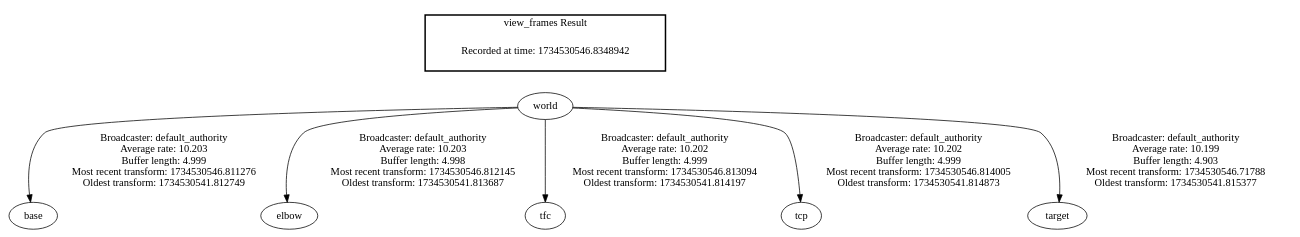
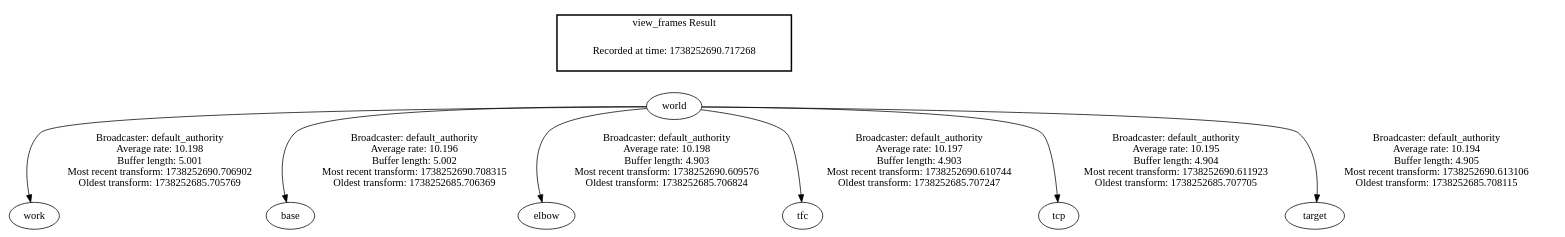
The diagram in frames.gv (M0m000/Thesis), drawn with Graphviz before and after one commit. The commit also changed 597 other files, not shown here.

```diff
--- a/frames.gv
+++ b/frames.gv
@@ -1,11 +1,12 @@
 digraph G {
-"world" -> "base"[label=" Broadcaster: default_authority\nAverage rate: 10.203\nBuffer length: 4.999\nMost recent transform: 1734530546.811276\nOldest transform: 1734530541.812749\n"];
-"world" -> "elbow"[label=" Broadcaster: default_authority\nAverage rate: 10.203\nBuffer length: 4.998\nMost recent transform: 1734530546.812145\nOldest transform: 1734530541.813687\n"];
-"world" -> "tfc"[label=" Broadcaster: default_authority\nAverage rate: 10.202\nBuffer length: 4.999\nMost recent transform: 1734530546.813094\nOldest transform: 1734530541.814197\n"];
-"world" -> "tcp"[label=" Broadcaster: default_authority\nAverage rate: 10.202\nBuffer length: 4.999\nMost recent transform: 1734530546.814005\nOldest transform: 1734530541.814873\n"];
-"world" -> "target"[label=" Broadcaster: default_authority\nAverage rate: 10.199\nBuffer length: 4.903\nMost recent transform: 1734530546.71788\nOldest transform: 1734530541.815377\n"];
+"world" -> "work"[label=" Broadcaster: default_authority\nAverage rate: 10.198\nBuffer length: 5.001\nMost recent transform: 1738252690.706902\nOldest transform: 1738252685.705769\n"];
+"world" -> "base"[label=" Broadcaster: default_authority\nAverage rate: 10.196\nBuffer length: 5.002\nMost recent transform: 1738252690.708315\nOldest transform: 1738252685.706369\n"];
+"world" -> "elbow"[label=" Broadcaster: default_authority\nAverage rate: 10.198\nBuffer length: 4.903\nMost recent transform: 1738252690.609576\nOldest transform: 1738252685.706824\n"];
+"world" -> "tfc"[label=" Broadcaster: default_authority\nAverage rate: 10.197\nBuffer length: 4.903\nMost recent transform: 1738252690.610744\nOldest transform: 1738252685.707247\n"];
+"world" -> "tcp"[label=" Broadcaster: default_authority\nAverage rate: 10.195\nBuffer length: 4.904\nMost recent transform: 1738252690.611923\nOldest transform: 1738252685.707705\n"];
+"world" -> "target"[label=" Broadcaster: default_authority\nAverage rate: 10.194\nBuffer length: 4.905\nMost recent transform: 1738252690.613106\nOldest transform: 1738252685.708115\n"];
 edge [style=invis];
  subgraph cluster_legend { style=bold; color=black; label ="view_frames Result";
-"Recorded at time: 1734530546.8348942"[ shape=plaintext ] ;
+"Recorded at time: 1738252690.717268"[ shape=plaintext ] ;
 }->"world";
 }
```
